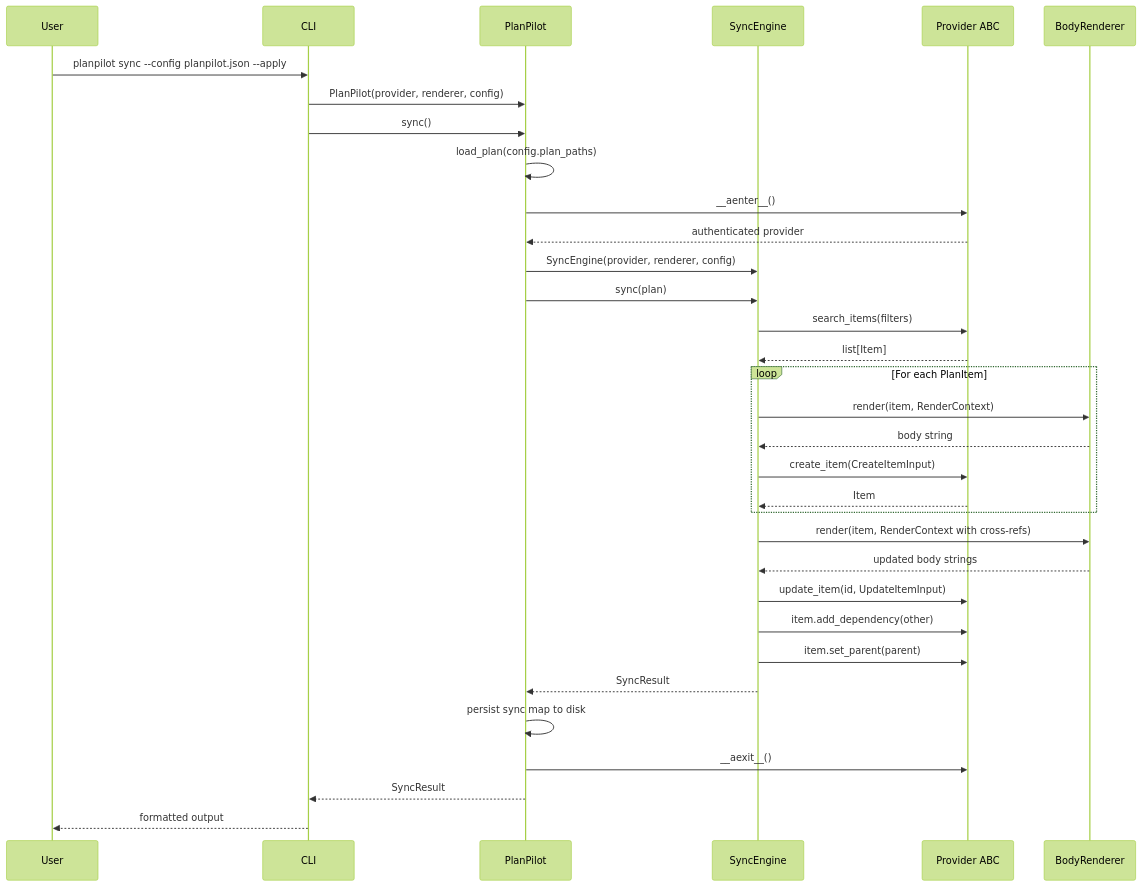
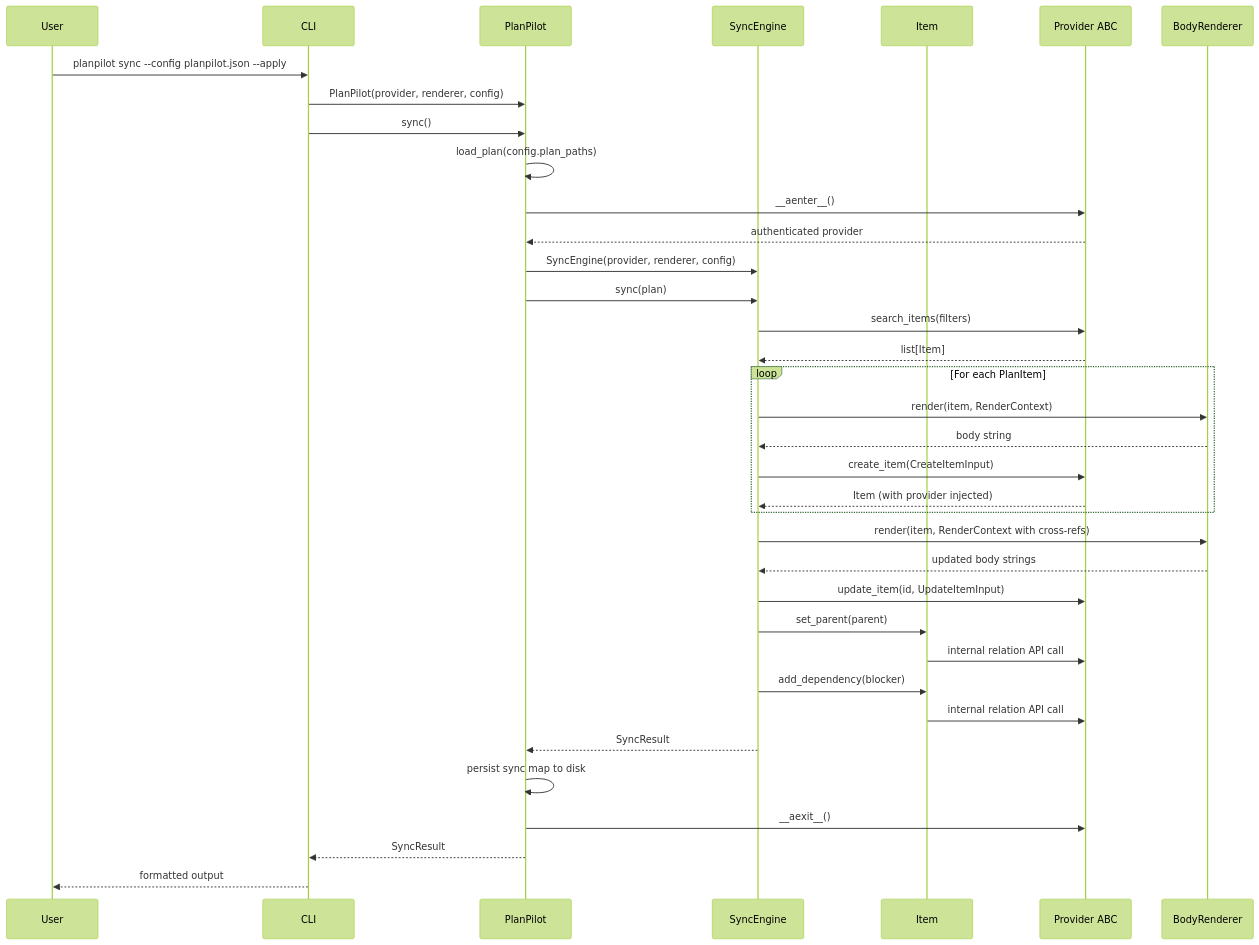
Before and after one commit to aryeko/planpilot: the third of 3 diagrams in docs/v2/architecture.md, drawn with Mermaid (forest theme). The commit also changed other lines of this file, not shown here.

Commit message:
docs: fix sequence diagram and sync map migration in v2 architecture
Correct the data flow diagram to show relation calls (set_parent,
add_dependency) targeting Item with delegation to Provider, matching
the rich-Item-with-injection design. Clarify sync map compatibility
as a clean major-version break with Discovery-based rebuild.

````diff
--- a/docs/v2/architecture.md
+++ b/docs/v2/architecture.md
@@ -438,42 +438,45 @@
 ```mermaid
 sequenceDiagram
     participant User
     participant CLI
     participant SDK as PlanPilot
     participant Engine as SyncEngine
+    participant Item as Item
     participant Provider as Provider ABC
     participant Renderer as BodyRenderer
 
     User->>CLI: planpilot sync --config planpilot.json --apply
     CLI->>SDK: PlanPilot(provider, renderer, config)
     CLI->>SDK: sync()
     SDK->>SDK: load_plan(config.plan_paths)
     SDK->>Provider: __aenter__()
     Provider-->>SDK: authenticated provider
 
     SDK->>Engine: SyncEngine(provider, renderer, config)
     SDK->>Engine: sync(plan)
 
     Engine->>Provider: search_items(filters)
     Provider-->>Engine: list[Item]
 
     loop For each PlanItem
         Engine->>Renderer: render(item, RenderContext)
         Renderer-->>Engine: body string
         Engine->>Provider: create_item(CreateItemInput)
-        Provider-->>Engine: Item
+        Provider-->>Engine: Item (with provider injected)
     end
 
     Engine->>Renderer: render(item, RenderContext with cross-refs)
     Renderer-->>Engine: updated body strings
     Engine->>Provider: update_item(id, UpdateItemInput)
 
-    Engine->>Provider: item.add_dependency(other)
-    Engine->>Provider: item.set_parent(parent)
+    Engine->>Item: set_parent(parent)
+    Item->>Provider: internal relation API call
+    Engine->>Item: add_dependency(blocker)
+    Item->>Provider: internal relation API call
 
     Engine-->>SDK: SyncResult
     SDK->>SDK: persist sync map to disk
     SDK->>Provider: __aexit__()
     SDK-->>CLI: SyncResult
     CLI-->>User: formatted output
 ```
````
